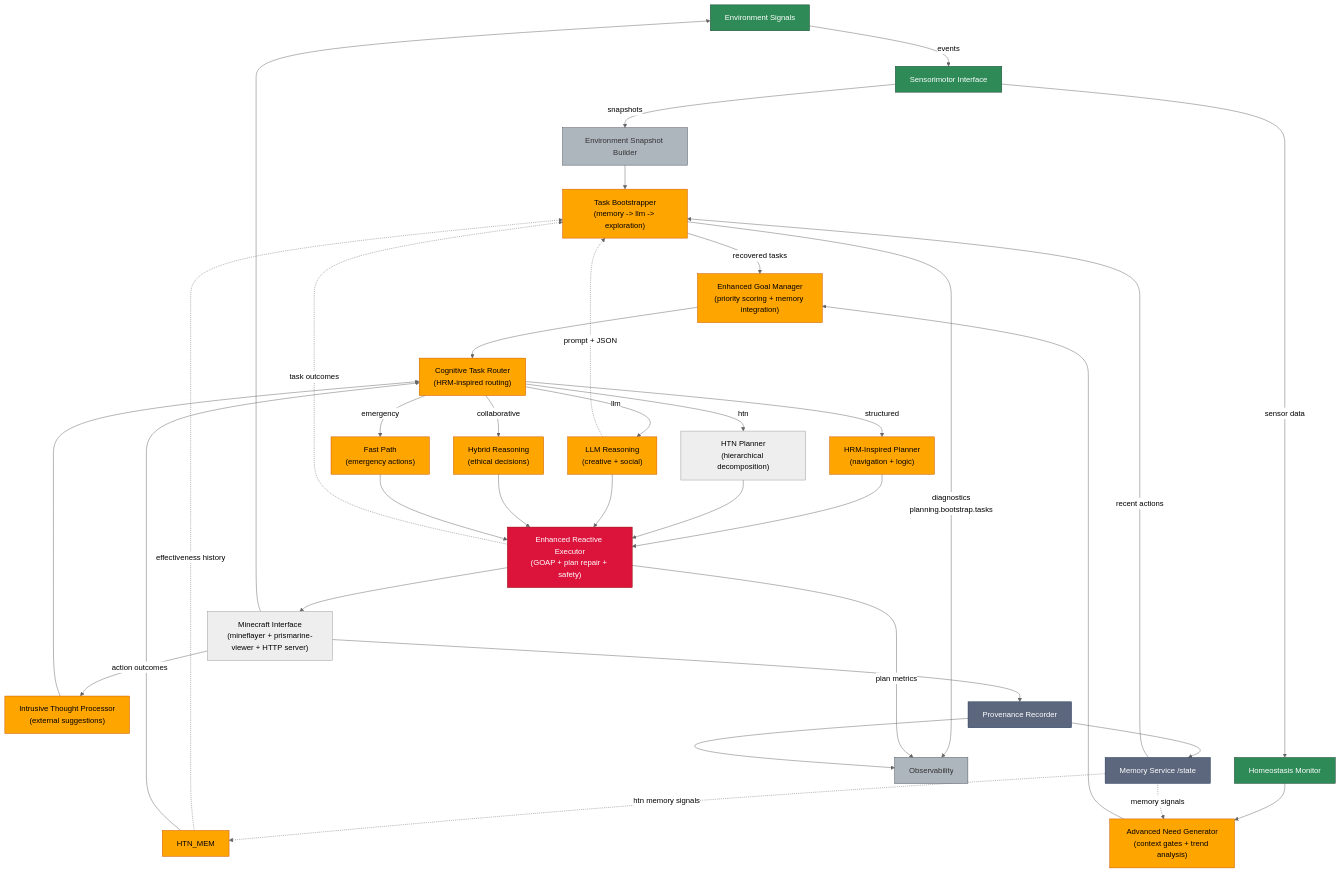
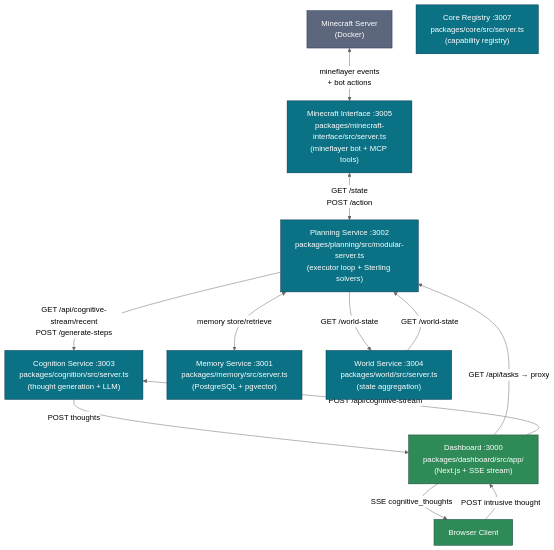
The third of 5 diagrams in readme.md (darianrosebrook/conscious-bot-experiment), drawn with Mermaid (neutral theme) before and after one commit. The commit also changed other lines of this file and 4 other files, not shown here.

````diff
--- a/readme.md
+++ b/readme.md
@@ -810,69 +817,36 @@
 ```mermaid
 flowchart TD
-  %% Inputs
-  ENV[Environment Signals]
-  SMI[Sensorimotor Interface]
-  MEMAPI[Memory Service /state]
-  LLM[LLM Endpoint]
+  %% Minecraft World
+  MC["Minecraft Server<br/>(Docker)"]
 
-  ENV -->|events| SMI
-  SMI -->|snapshots| SNAP[Environment Snapshot Builder]
-  SMI -->|sensor data| HM[Homeostasis Monitor]
+  %% Services with ports and file references
+  MI["Minecraft Interface :3005<br/>packages/minecraft-interface/src/server.ts<br/>(mineflayer bot + MCP tools)"]
+  PLAN["Planning Service :3002<br/>packages/planning/src/modular-server.ts<br/>(executor loop + Sterling solvers)"]
+  COG["Cognition Service :3003<br/>packages/cognition/src/server.ts<br/>(thought generation + LLM)"]
+  MEM["Memory Service :3001<br/>packages/memory/src/server.ts<br/>(PostgreSQL + pgvector)"]
+  WORLD["World Service :3004<br/>packages/world/src/server.ts<br/>(state aggregation)"]
+  DASH["Dashboard :3000<br/>packages/dashboard/src/app/<br/>(Next.js + SSE stream)"]
+  CORE["Core Registry :3007<br/>packages/core/src/server.ts<br/>(capability registry)"]
 
-  %% Bootstrap Stage
-  SNAP --> BOOT
-  MEMAPI -->|recent actions| BOOT
-  HTN_MEM -.->|effectiveness history| BOOT
-  BOOT["Task Bootstrapper<br/>(memory -> llm -> exploration)"]
-  BOOT -->|recovered tasks| GOALS
-  BOOT -->|diagnostics<br/>planning.bootstrap.tasks| OBSLOG[Observability]
-  LLM -.->|prompt + JSON| BOOT
+  %% Primary data flows
+  MC <-->|"mineflayer events<br/>+ bot actions"| MI
+  MI <-->|"GET /state<br/>POST /action"| PLAN
+  PLAN -->|"GET /api/cognitive-stream/recent<br/>POST /generate-steps"| COG
+  PLAN -->|"GET /world-state"| WORLD
+  PLAN <-->|"memory store/retrieve"| MEM
+  COG -->|"POST thoughts"| DASH
+  DASH -->|"SSE cognitive_thoughts"| BROWSER["Browser Client"]
+  DASH -->|"GET /api/tasks → proxy"| PLAN
+  WORLD -->|"GET /world-state"| PLAN
+  BROWSER -->|"POST intrusive thought"| DASH
+  DASH -->|"POST /api/cognitive-stream"| COG
 
-  %% Advanced Need Processing
-  HM --> NEEDS["Advanced Need Generator<br/>(context gates + trend analysis)"]
-  NEEDS --> GOALS["Enhanced Goal Manager<br/>(priority scoring + memory integration)"]
-  GOALS --> ROUTER["Cognitive Task Router<br/>(HRM-inspired routing)"]
-  MEMAPI -.->|memory signals| NEEDS
+  %% Styling
+  classDef service fill:#0b7285,stroke:#023047,color:#fff;
+  classDef external fill:#5c677d,stroke:#1d3557,color:#fff;
+  classDef ui fill:#2e8b57,stroke:#1b4332,color:#fff;
 
-  %% HTN Memory Manager
-  MEMAPI -.->|htn memory signals| HTN_MEM
-  HTN_MEM --> ROUTER
-
-  %% Planning and Execution
-  ROUTER -->|structured| HRM["HRM-Inspired Planner<br/>(navigation + logic)"]
-  ROUTER -->|htn| HTN["HTN Planner<br/>(hierarchical decomposition)"]
-  ROUTER -->|llm| LLM["LLM Reasoning<br/>(creative + social)"]
-  ROUTER -->|collaborative| COLLAB["Hybrid Reasoning<br/>(ethical decisions)"]
-  ROUTER -->|emergency| FAST["Fast Path<br/>(emergency actions)"]
-
-  HRM --> EXEC["Enhanced Reactive Executor<br/>(GOAP + plan repair + safety)"]
-  HTN --> EXEC
-  LLM --> EXEC
-  COLLAB --> EXEC
-  FAST --> EXEC
-  EXEC --> ACTIONS["Minecraft Interface<br/>(mineflayer + prismarine-viewer + HTTP server)"]
-  ACTIONS -->|action outcomes| INT_THT["Intrusive Thought Processor<br/>(external suggestions)"]
-  INT_THT --> ROUTER
-  ACTIONS --> ENV
-
-  %% Feedback & Memory Updates
-  EXEC -->|plan metrics| OBSLOG
-  ACTIONS --> PROV[Provenance Recorder]
-  PROV --> MEMAPI
-  EXEC -.->|task outcomes| BOOT
-  PROV --> OBSLOG
-
-  classDef stage fill:#0b7285,stroke:#023047,color:#fff;
-  classDef memory fill:#5c677d,stroke:#1d3557,color:#fff;
-  classDef observe fill:#adb5bd,stroke:#495057,color:#333;
-  classDef input fill:#2e8b57,stroke:#1b4332,color:#fff;
-  classDef planning fill:#ffa500,stroke:#cc5500,color:#000;
-  classDef execution fill:#dc143c,stroke:#8b0000,color:#fff;
-
-  class ENV,SMI,HM input;
-  class NEEDS,GOALS,ROUTER,HRM,LLM,COLLAB,FAST,BOOT,HTN_MEM planning;
-  class EXEC execution;
-  class MEMAPI,PROV memory;
-  class SNAP,OBSLOG observe;
-  class INT_THT planning;
+  class MI,PLAN,COG,MEM,WORLD,CORE service;
+  class MC external;
+  class DASH,BROWSER ui;
 ```
````
